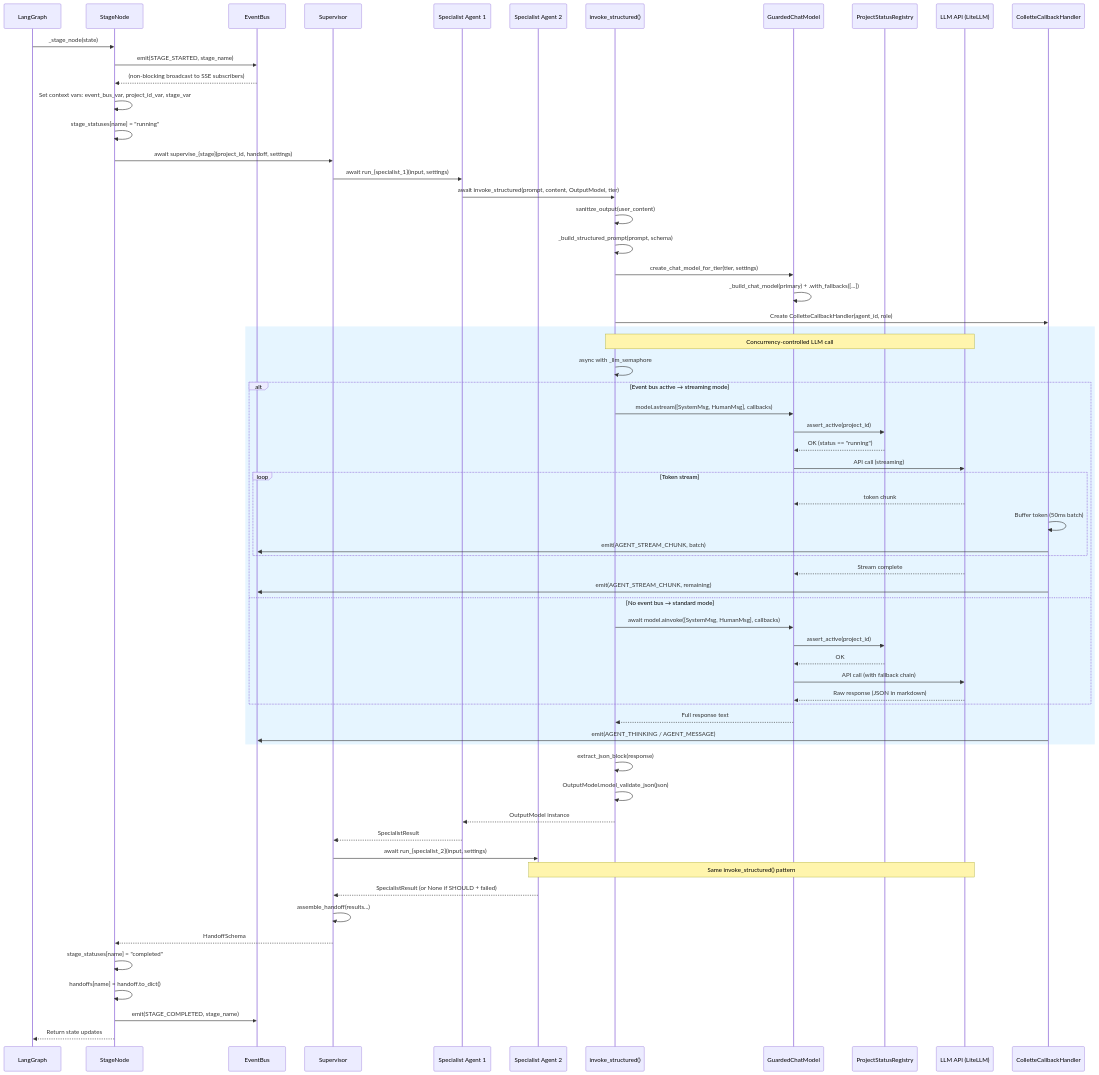
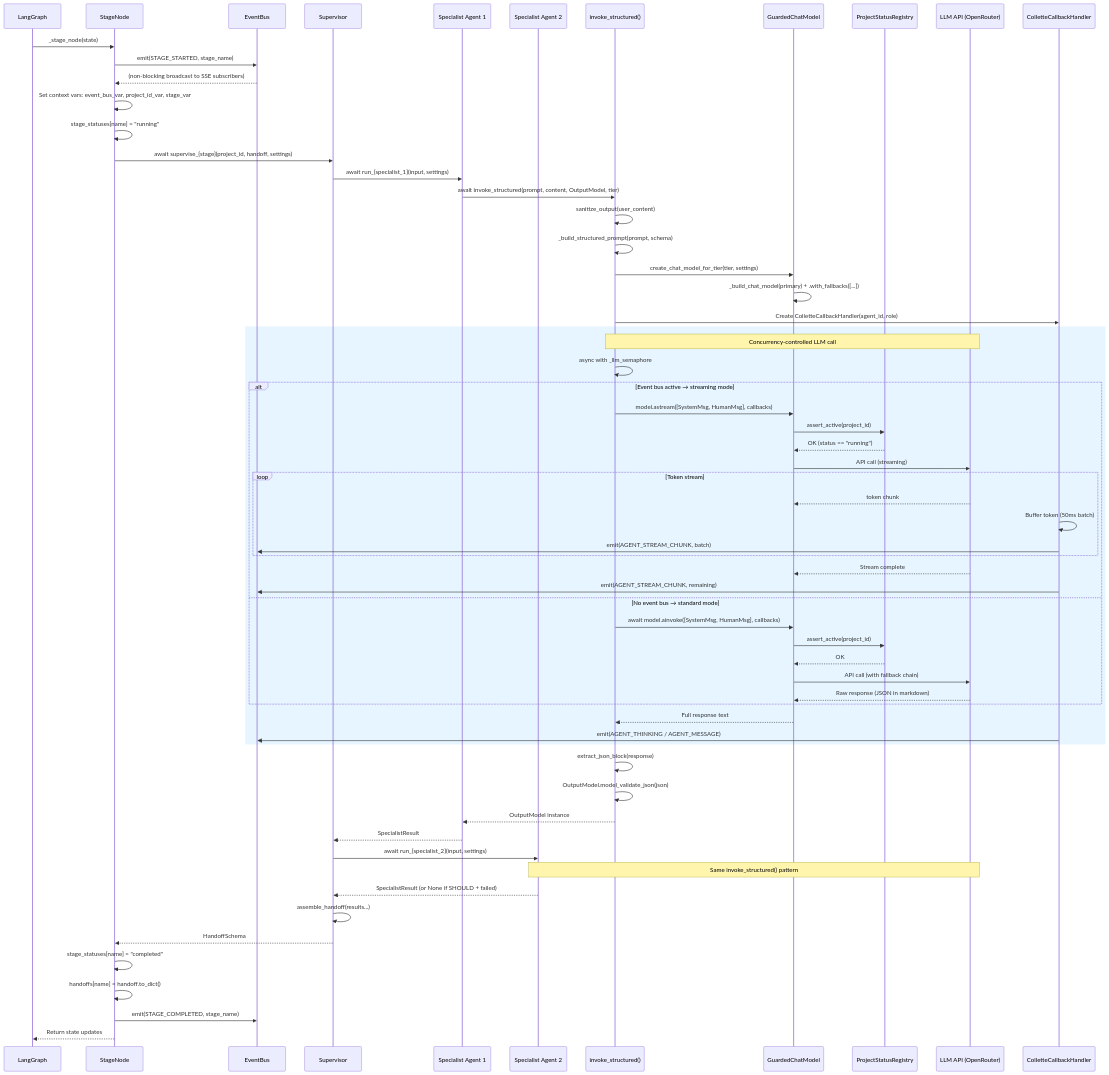
One commit to Jss-on/colette changed the second of 8 diagrams in docs/sequence_diagram.md. Above: the diagram before and after it, drawn with Mermaid. The commit also changed 6 other files, not shown here.

Commit message:
docs: update all LiteLLM references to OpenRouter

````diff
--- a/docs/sequence_diagram.md
+++ b/docs/sequence_diagram.md
@@ -65,75 +65,75 @@
 ```mermaid
 sequenceDiagram
     participant Graph as LangGraph
     participant SN as StageNode
     participant EB as EventBus
     participant Sup as Supervisor
     participant Agent1 as Specialist Agent 1
     participant Agent2 as Specialist Agent 2
     participant Struct as invoke_structured()
     participant Guard as GuardedChatModel
     participant Reg as ProjectStatusRegistry
-    participant LLM as LLM API (LiteLLM)
+    participant LLM as LLM API (OpenRouter)
     participant CB as ColletteCallbackHandler
 
     Graph->>SN: _stage_node(state)
     SN->>EB: emit(STAGE_STARTED, stage_name)
     EB-->>SN: (non-blocking broadcast to SSE subscribers)
     SN->>SN: Set context vars: event_bus_var, project_id_var, stage_var
     SN->>SN: stage_statuses[name] = "running"
 
     SN->>Sup: await supervise_{stage}(project_id, handoff, settings)
 
     %% Agent 1 (MUST)
     Sup->>Agent1: await run_{specialist_1}(input, settings)
     Agent1->>Struct: await invoke_structured(prompt, content, OutputModel, tier)
     Struct->>Struct: sanitize_output(user_content)
     Struct->>Struct: _build_structured_prompt(prompt, schema)
     Struct->>Guard: create_chat_model_for_tier(tier, settings)
     Guard->>Guard: _build_chat_model(primary) + .with_fallbacks([...])
     Struct->>CB: Create ColletteCallbackHandler(agent_id, role)
 
     rect rgb(230, 245, 255)
         Note over Struct,LLM: Concurrency-controlled LLM call
         Struct->>Struct: async with _llm_semaphore
         alt Event bus active → streaming mode
             Struct->>Guard: model.astream([SystemMsg, HumanMsg], callbacks)
             Guard->>Reg: assert_active(project_id)
             Reg-->>Guard: OK (status == "running")
             Guard->>LLM: API call (streaming)
             loop Token stream
                 LLM-->>Guard: token chunk
                 CB->>CB: Buffer token (50ms batch)
                 CB->>EB: emit(AGENT_STREAM_CHUNK, batch)
             end
             LLM-->>Guard: Stream complete
             CB->>EB: emit(AGENT_STREAM_CHUNK, remaining)
         else No event bus → standard mode
             Struct->>Guard: await model.ainvoke([SystemMsg, HumanMsg], callbacks)
             Guard->>Reg: assert_active(project_id)
             Reg-->>Guard: OK
             Guard->>LLM: API call (with fallback chain)
             LLM-->>Guard: Raw response (JSON in markdown)
         end
         Guard-->>Struct: Full response text
         CB->>EB: emit(AGENT_THINKING / AGENT_MESSAGE)
     end
 
     Struct->>Struct: extract_json_block(response)
     Struct->>Struct: OutputModel.model_validate_json(json)
     Struct-->>Agent1: OutputModel instance
     Agent1-->>Sup: SpecialistResult
 
     %% Agent 2 (parallel or sequential)
     Sup->>Agent2: await run_{specialist_2}(input, settings)
     Note over Agent2,LLM: Same invoke_structured() pattern
     Agent2-->>Sup: SpecialistResult (or None if SHOULD + failed)
 
     Sup->>Sup: assemble_handoff(results...)
     Sup-->>SN: HandoffSchema
 
     SN->>SN: stage_statuses[name] = "completed"
     SN->>SN: handoffs[name] = handoff.to_dict()
     SN->>EB: emit(STAGE_COMPLETED, stage_name)
     SN-->>Graph: Return state updates
 ```
````
